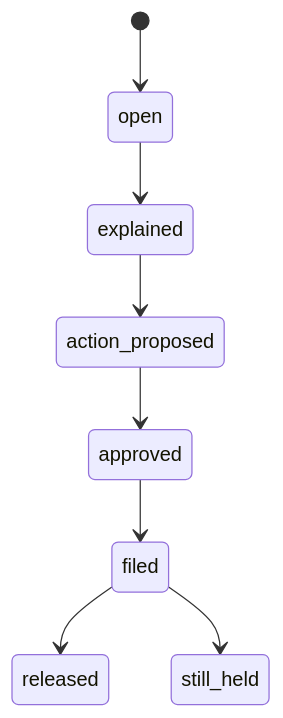
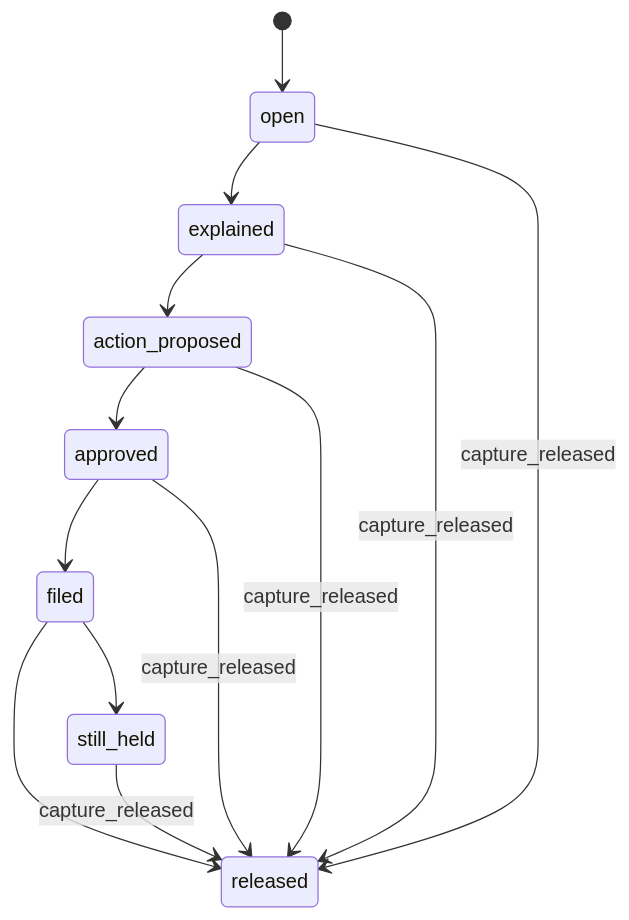
One commit to thopatevijay/cleared changed the third of 7 diagrams in docs/architecture.md. Above: the diagram before and after it, drawn with Mermaid. The commit also changed other lines of this file and 14 other files, not shown here.

````diff
--- a/docs/architecture.md
+++ b/docs/architecture.md
@@ -87,10 +87,15 @@
 ```mermaid
 stateDiagram-v2
   [*] --> open
   open --> explained
   explained --> action_proposed
   action_proposed --> approved
   approved --> filed
   filed --> released
   filed --> still_held
+  open --> released: capture_released
+  explained --> released: capture_released
+  action_proposed --> released: capture_released
+  approved --> released: capture_released
+  still_held --> released: capture_released
 ```
````
